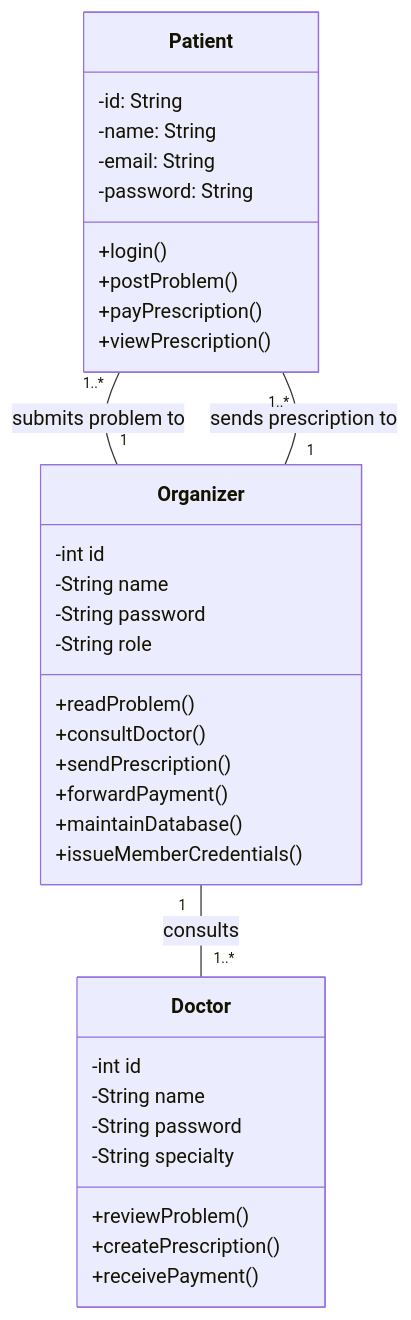
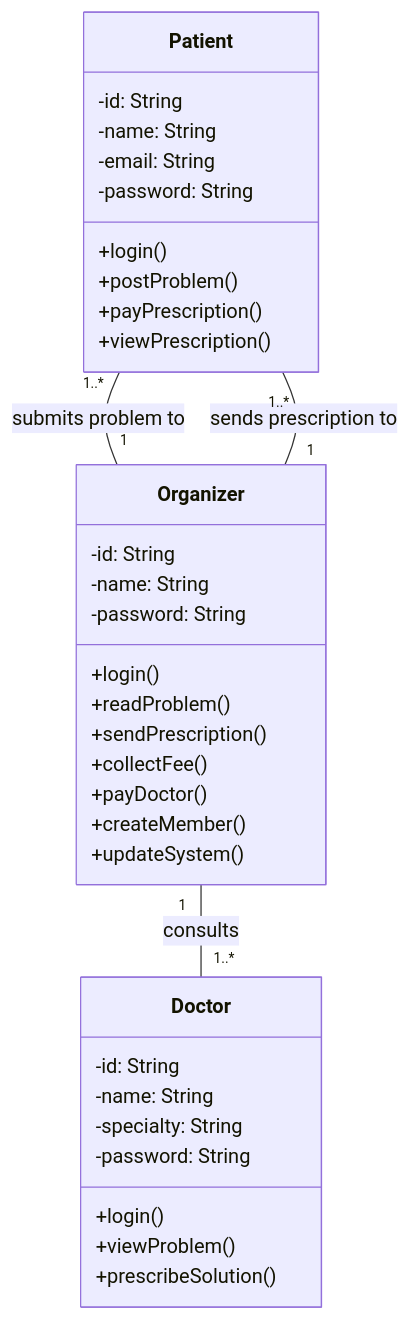
Before and after one commit to AlixBauret28/Practice_OOP_ULM: the first of 6 diagrams in exo1_hospital.md, drawn with Mermaid.

````diff
--- a/exo1_hospital.md
+++ b/exo1_hospital.md
@@ -6,40 +6,40 @@
 ```mermaid
 classDiagram
     class Patient {
         -id: String
         -name: String
         -email: String
         -password: String
         +login()
         +postProblem()
         +payPrescription()
         +viewPrescription()
     }
 
     class Doctor {
-        -int id
-        -String name
-        -String password
-        -String specialty
-        +reviewProblem()
-        +createPrescription()
-        +receivePayment()
+        -id: String
+        -name: String
+        -specialty: String
+        -password: String
+        +login()
+        +viewProblem()
+        +prescribeSolution()
     }
 
     class Organizer {
-        -int id
-        -String name
-        -String password
-        -String role
+        -id: String
+        -name: String
+        -password: String
+        +login()
         +readProblem()
-        +consultDoctor()
         +sendPrescription()
-        +forwardPayment()
-        +maintainDatabase()
-        +issueMemberCredentials()
+        +collectFee()
+        +payDoctor()
+        +createMember()
+        +updateSystem()
     }
 
     Patient "1..*" -- "1" Organizer : submits problem to
     Organizer "1" -- "1..*" Doctor : consults
     Organizer "1" -- "1..*" Patient : sends prescription to
 ```
````
